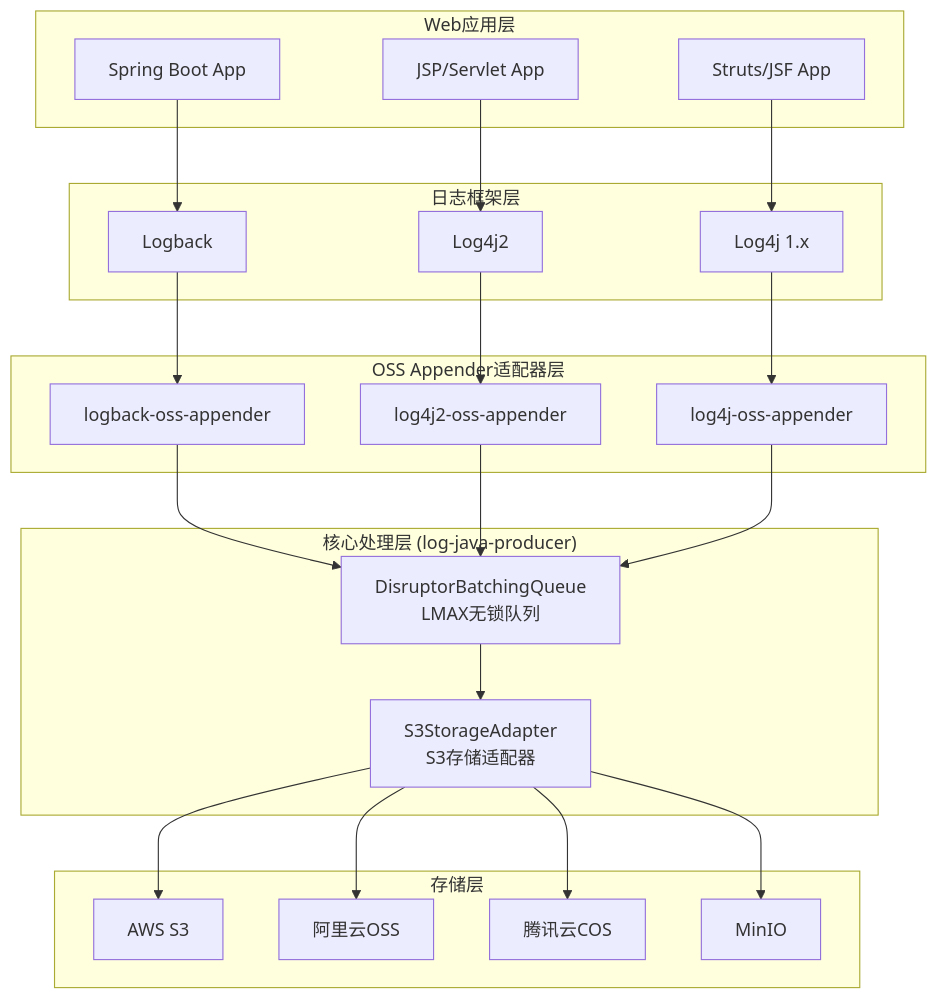
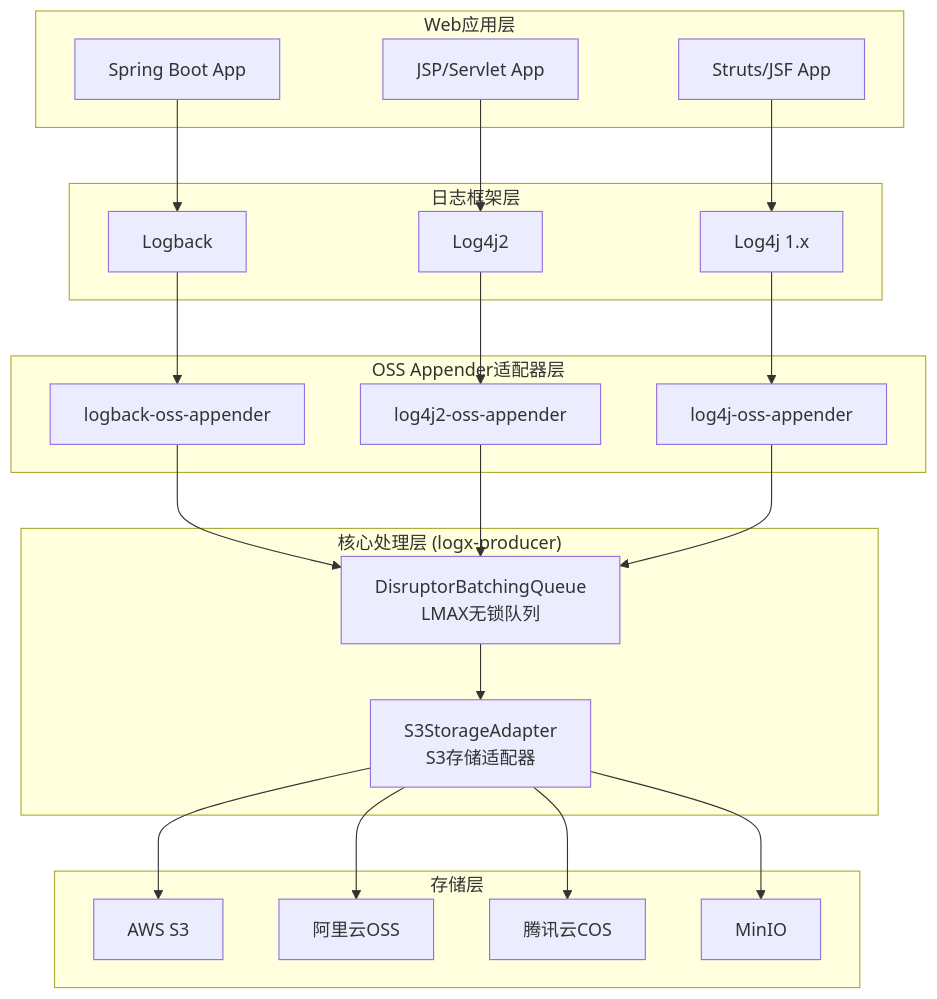
Before and after one commit to kzy77/logx-oss-appender: the diagram in docs/brownfield-architecture.md, drawn with Mermaid. The commit also changed other lines of this file and 23 other files, not shown here.

````diff
--- a/docs/brownfield-architecture.md
+++ b/docs/brownfield-architecture.md
@@ -50,47 +50,47 @@
 ```mermaid
 graph TB
     subgraph "Web应用层"
         A[Spring Boot App]
         B[JSP/Servlet App]
         C[Struts/JSF App]
     end
 
     subgraph "日志框架层"
         D[Logback]
         E[Log4j2]
         F[Log4j 1.x]
     end
 
     subgraph "OSS Appender适配器层"
         G[logback-oss-appender]
         H[log4j2-oss-appender]
         I[log4j-oss-appender]
     end
 
-    subgraph "核心处理层 (log-java-producer)"
+    subgraph "核心处理层 (logx-producer)"
         J[DisruptorBatchingQueue<br/>LMAX无锁队列]
         K[S3StorageAdapter<br/>S3存储适配器]
     end
 
     subgraph "存储层"
         L[AWS S3]
         M[阿里云OSS]
         N[腾讯云COS]
         O[MinIO]
     end
 
     A --> D
     B --> E
     C --> F
     D --> G
     E --> H
     F --> I
     G --> J
     H --> J
     I --> J
     J --> K
     K --> L
     K --> M
     K --> N
     K --> O
 ```
````
